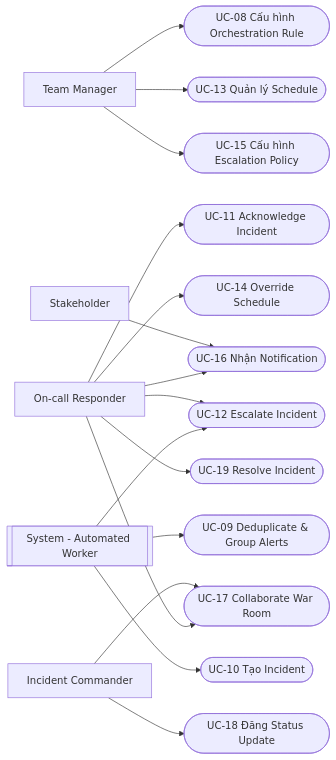
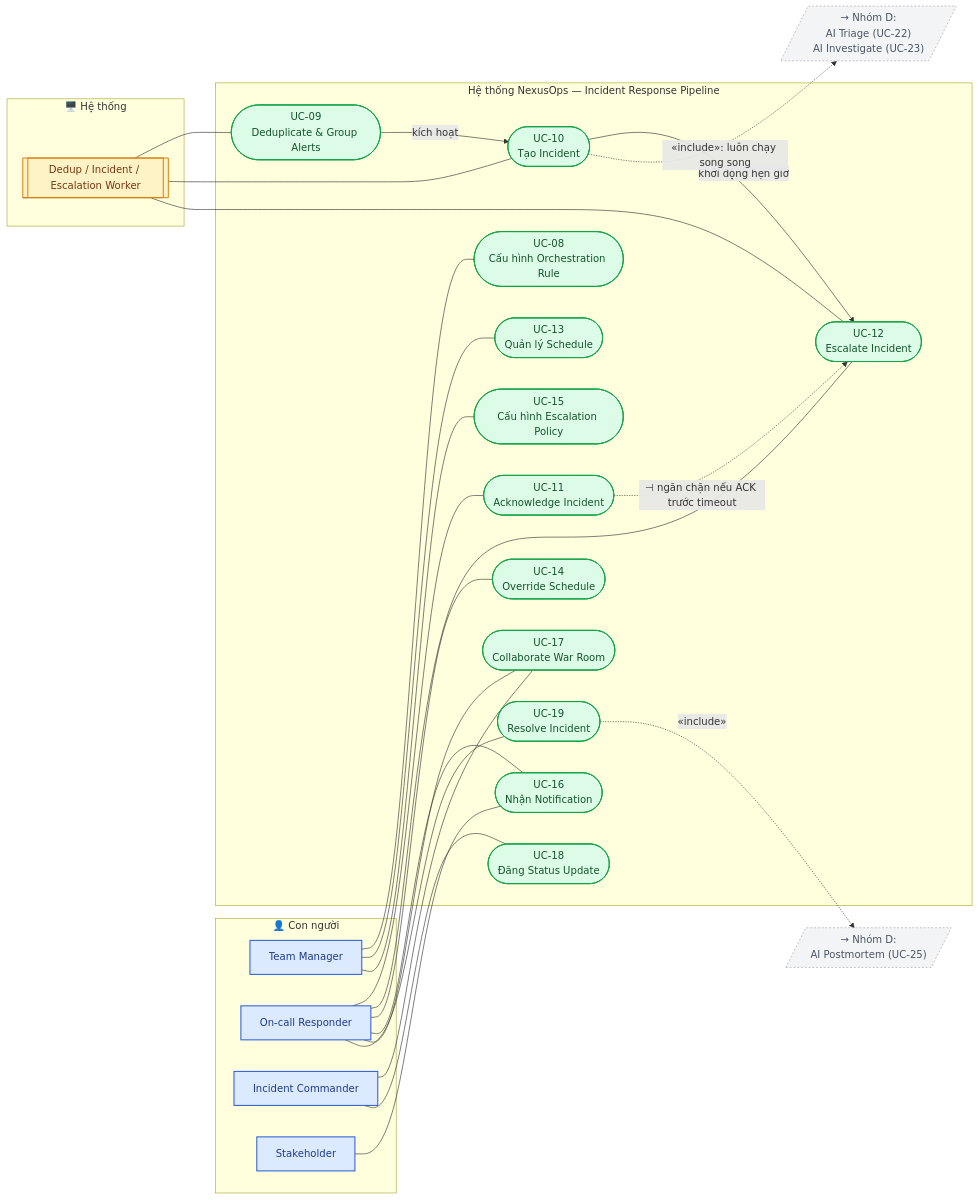
The fourth of 12 diagrams in README.md (NguyenBao0305/Intelligent-Incident-Reliability-Operations-Platform), drawn with Mermaid before and after one commit. The commit also changed other lines of this file, not shown here.

````diff
--- a/README.md
+++ b/README.md
@@ -416,24 +453,61 @@
 ```mermaid
 flowchart LR
-    TeamManager[Team Manager]
-    Responder[On-call Responder]
-    Commander[Incident Commander]
-    Stakeholder[Stakeholder]
-    SystemWorker[[System - Automated Worker]]
+    subgraph ACTORS_C_H["👤 Con người"]
+        TeamManagerC[Team Manager]
+        Responder[On-call Responder]
+        Commander[Incident Commander]
+        Stakeholder[Stakeholder]
+    end
+    subgraph ACTORS_C_S["🖥️ Hệ thống"]
+        SystemWorker[[Dedup / Incident / Escalation Worker]]
+    end
 
-    TeamManager --> UC08([UC-08 Cấu hình Orchestration Rule])
-    SystemWorker --> UC09([UC-09 Deduplicate & Group Alerts])
-    SystemWorker --> UC10([UC-10 Tạo Incident])
-    Responder --> UC11([UC-11 Acknowledge Incident])
-    SystemWorker --> UC12([UC-12 Escalate Incident])
-    Responder --> UC12
-    TeamManager --> UC13([UC-13 Quản lý Schedule])
-    Responder --> UC14([UC-14 Override Schedule])
-    TeamManager --> UC15([UC-15 Cấu hình Escalation Policy])
-    Responder --> UC16([UC-16 Nhận Notification])
-    Stakeholder --> UC16
-    Responder --> UC17([UC-17 Collaborate War Room])
-    Commander --> UC17
-    Commander --> UC18([UC-18 Đăng Status Update])
-    Responder --> UC19([UC-19 Resolve Incident])
+    subgraph SYS_C["Hệ thống NexusOps — Incident Response Pipeline"]
+        UC08(["UC-08<br/>Cấu hình Orchestration Rule"])
+        UC09(["UC-09<br/>Deduplicate & Group Alerts"])
+        UC10(["UC-10<br/>Tạo Incident"])
+        UC11(["UC-11<br/>Acknowledge Incident"])
+        UC12(["UC-12<br/>Escalate Incident"])
+        UC13(["UC-13<br/>Quản lý Schedule"])
+        UC14(["UC-14<br/>Override Schedule"])
+        UC15(["UC-15<br/>Cấu hình Escalation Policy"])
+        UC16(["UC-16<br/>Nhận Notification"])
+        UC17(["UC-17<br/>Collaborate War Room"])
+        UC18(["UC-18<br/>Đăng Status Update"])
+        UC19(["UC-19<br/>Resolve Incident"])
+    end
+
+    REF_AI[/"→ Nhóm D:<br/>AI Triage (UC-22)<br/>AI Investigate (UC-23)"/]
+    REF_PM[/"→ Nhóm D:<br/>AI Postmortem (UC-25)"/]
+
+    TeamManagerC --- UC08
+    TeamManagerC --- UC13
+    TeamManagerC --- UC15
+    SystemWorker --- UC09
+    SystemWorker --- UC10
+    SystemWorker --- UC12
+    Responder --- UC11
+    Responder --- UC12
+    Responder --- UC14
+    Responder --- UC16
+    Responder --- UC17
+    Responder --- UC19
+    Stakeholder --- UC16
+    Commander --- UC17
+    Commander --- UC18
+
+    UC09 -->|"kích hoạt"| UC10
+    UC10 -->|"khởi động hẹn giờ"| UC12
+    UC10 -.->|"«include»: luôn chạy song song"| REF_AI
+    UC11 -.->|"⊣ ngăn chặn nếu ACK trước timeout"| UC12
+    UC19 -.->|"«include»"| REF_PM
+
+    classDef actorHuman fill:#dbeafe,stroke:#1d4ed8,stroke-width:1.5px,color:#1e3a8a
+    classDef actorSystem fill:#fef3c7,stroke:#d97706,stroke-width:1.5px,color:#78350f
+    classDef usecase fill:#dcfce7,stroke:#16a34a,stroke-width:1.5px,color:#14532d
+    classDef refNode fill:#f3f4f6,stroke:#9ca3af,stroke-width:1px,stroke-dasharray: 3 3,color:#4b5563
+    class TeamManagerC,Responder,Commander,Stakeholder actorHuman
+    class SystemWorker actorSystem
+    class UC08,UC09,UC10,UC11,UC12,UC13,UC14,UC15,UC16,UC17,UC18,UC19 usecase
+    class REF_AI,REF_PM refNode
 ```
````
